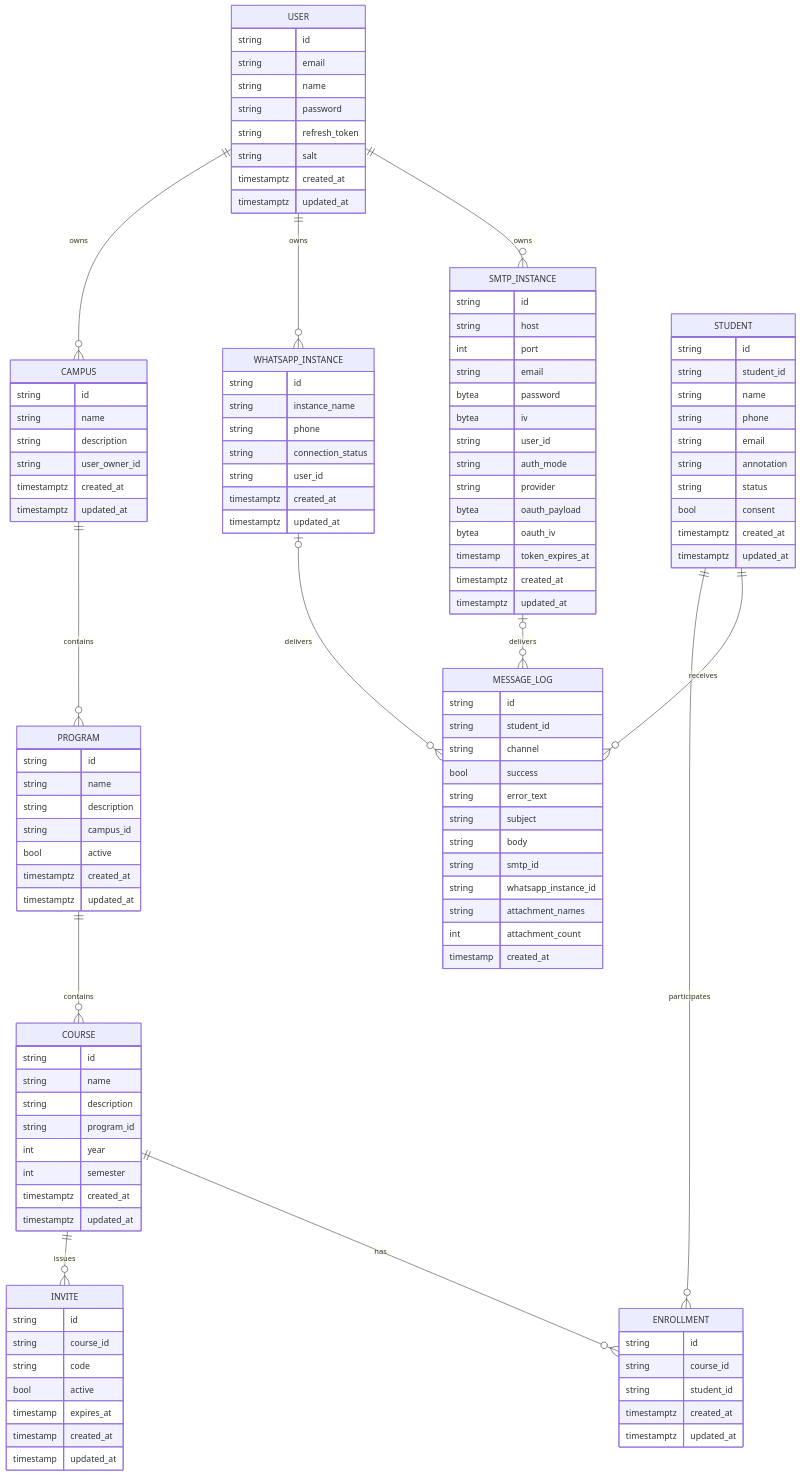
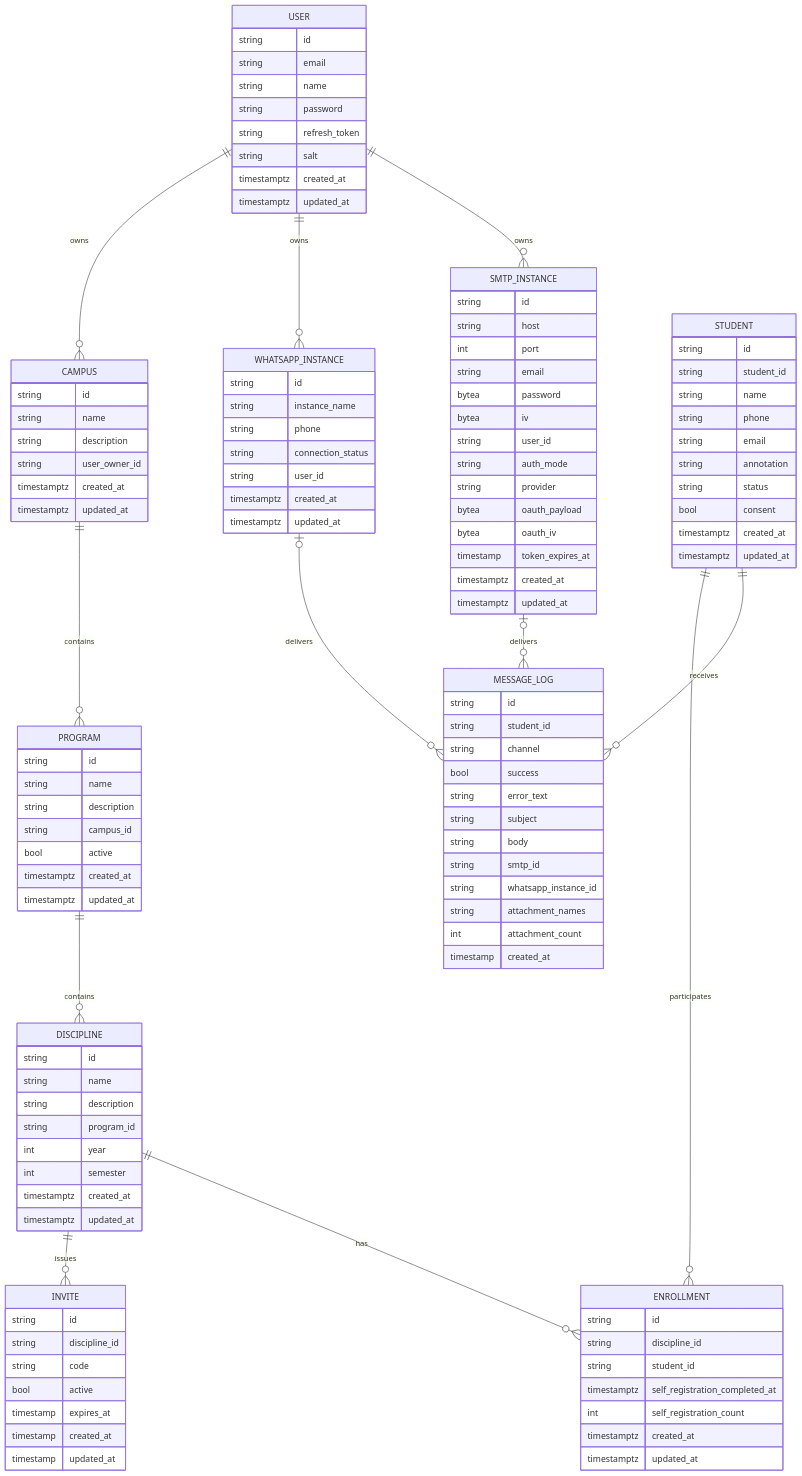
Before and after one commit to ThalysSilva/unicast-backend: the seventh of 8 diagrams in README.md, drawn with Mermaid. The commit also changed other lines of this file and 25 other files, not shown here.

Commit message:
feat: alterado course para discipline e corrigido re-preenchimento do aluno

```diff
--- a/README.md
+++ b/README.md
@@ -304,9 +305,9 @@
     USER ||--o{ SMTP_INSTANCE : owns
 
     CAMPUS ||--o{ PROGRAM : contains
-    PROGRAM ||--o{ COURSE : contains
-    COURSE ||--o{ INVITE : issues
-    COURSE ||--o{ ENROLLMENT : has
+    PROGRAM ||--o{ DISCIPLINE : contains
+    DISCIPLINE ||--o{ INVITE : issues
+    DISCIPLINE ||--o{ ENROLLMENT : has
 
     STUDENT ||--o{ ENROLLMENT : participates
     STUDENT ||--o{ MESSAGE_LOG : receives
@@ -341,7 +342,7 @@
         timestamptz created_at
         timestamptz updated_at
     }
-    COURSE {
+    DISCIPLINE {
         string id
         string name
         string description
@@ -365,14 +366,16 @@
     }
     ENROLLMENT {
         string id
-        string course_id
+        string discipline_id
         string student_id
+        timestamptz self_registration_completed_at
+        int self_registration_count
         timestamptz created_at
         timestamptz updated_at
     }
     INVITE {
         string id
-        string course_id
+        string discipline_id
         string code
         bool active
         timestamp expires_at
```
